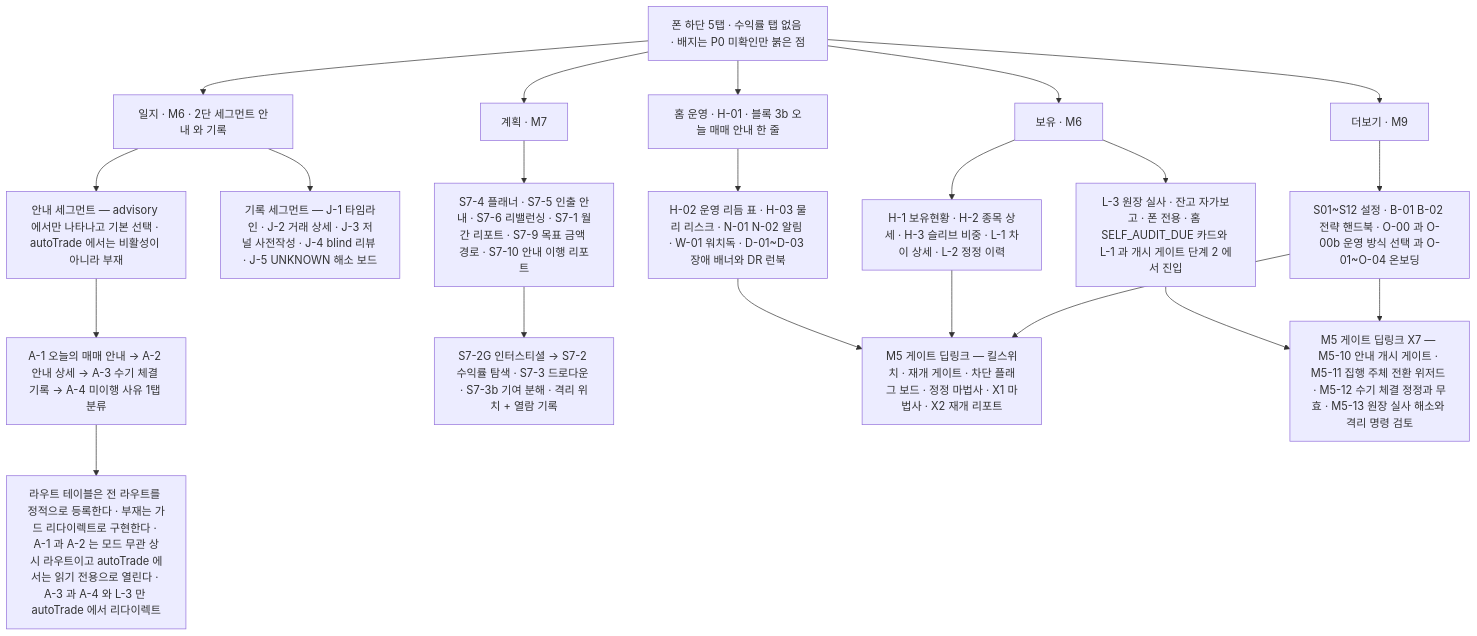
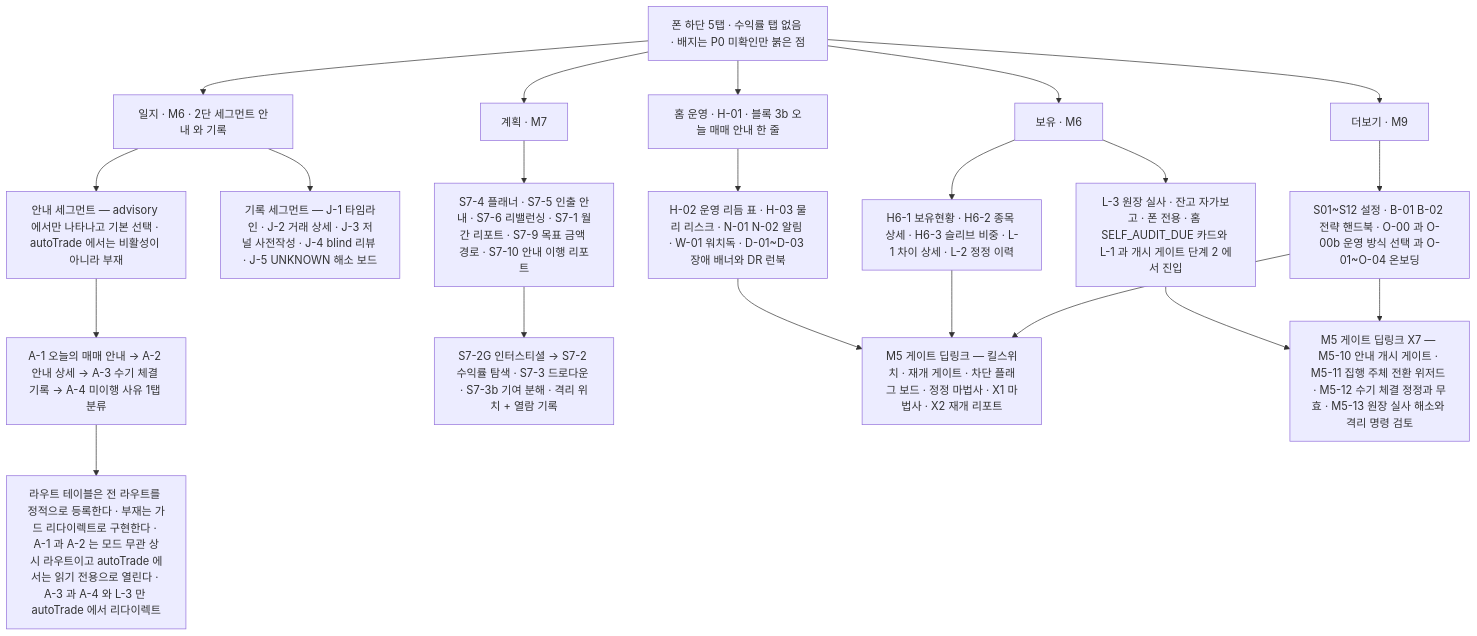
Diagram 24 of 32 in docs/ai-context/08_Mermaid_전체흐름_핵심로직.md (billybeom/AutoAlphaQuant), drawn with Mermaid before and after one commit. The commit also changed 17 other files, not shown here.

````diff
--- a/docs/ai-context/08_Mermaid_전체흐름_핵심로직.md
+++ b/docs/ai-context/08_Mermaid_전체흐름_핵심로직.md
@@ -1032,42 +1032,42 @@
 ```mermaid
 flowchart TD
     TABS["폰 하단 5탭 · 수익률 탭 없음 · 배지는 P0 미확인만 붉은 점"]
     T1["홈 운영 · H-01 · 블록 3b 오늘 매매 안내 한 줄"]
     T2["일지 · M6 · 2단 세그먼트 안내 와 기록"]
     T3["보유 · M6"]
     T4["계획 · M7"]
     T5["더보기 · M9"]
     T1a["H-02 운영 리듬 표 · H-03 물리 리스크 · N-01 N-02 알림 · W-01 워치독 · D-01~D-03 장애 배너와 DR 런북"]
     T2a["기록 세그먼트 — J-1 타임라인 · J-2 거래 상세 · J-3 저널 사전작성 · J-4 blind 리뷰 · J-5 UNKNOWN 해소 보드"]
     T2b["안내 세그먼트 — advisory 에서만 나타나고 기본 선택 · autoTrade 에서는 비활성이 아니라 부재"]
     T2c["A-1 오늘의 매매 안내 → A-2 안내 상세 → A-3 수기 체결 기록 → A-4 미이행 사유 1탭 분류"]
-    T3a["H-1 보유현황 · H-2 종목 상세 · H-3 슬리브 비중 · L-1 차이 상세 · L-2 정정 이력"]
+    T3a["H6-1 보유현황 · H6-2 종목 상세 · H6-3 슬리브 비중 · L-1 차이 상세 · L-2 정정 이력"]
     T3b["L-3 원장 실사 · 잔고 자가보고 · 폰 전용 · 홈 SELF_AUDIT_DUE 카드와 L-1 과 개시 게이트 단계 2 에서 진입"]
     T4a["S7-4 플래너 · S7-5 인출 안내 · S7-6 리밸런싱 · S7-1 월간 리포트 · S7-9 목표 금액 경로 · S7-10 안내 이행 리포트"]
     T4b["S7-2G 인터스티셜 → S7-2 수익률 탐색 · S7-3 드로다운 · S7-3b 기여 분해 · 격리 위치 + 열람 기록"]
     T5a["S01~S12 설정 · B-01 B-02 전략 핸드북 · O-00 과 O-00b 운영 방식 선택 과 O-01~O-04 온보딩"]
     M5G["M5 게이트 딥링크 — 킬스위치 · 재개 게이트 · 차단 플래그 보드 · 정정 마법사 · X1 마법사 · X2 재개 리포트"]
     M5X["M5 게이트 딥링크 X7 — M5-10 안내 개시 게이트 · M5-11 집행 주체 전환 위저드 · M5-12 수기 체결 정정과 무효 · M5-13 원장 실사 해소와 격리 명령 검토"]
     ROUTE["라우트 테이블은 전 라우트를 정적으로 등록한다 · 부재는 가드 리다이렉트로 구현한다 · A-1 과 A-2 는 모드 무관 상시 라우트이고 autoTrade 에서는 읽기 전용으로 열린다 · A-3 과 A-4 와 L-3 만 autoTrade 에서 리다이렉트"]
 
     TABS --> T1
     TABS --> T2
     TABS --> T3
     TABS --> T4
     TABS --> T5
     T1 --> T1a
     T2 --> T2a
     T2 --> T2b
     T2b --> T2c
     T3 --> T3a
     T3 --> T3b
     T4 --> T4a
     T4a --> T4b
     T5 --> T5a
     T1a --> M5G
     T3a --> M5G
     T5a --> M5G
     T2c --> ROUTE
     T3b --> M5X
     T5a --> M5X
 ```
````
